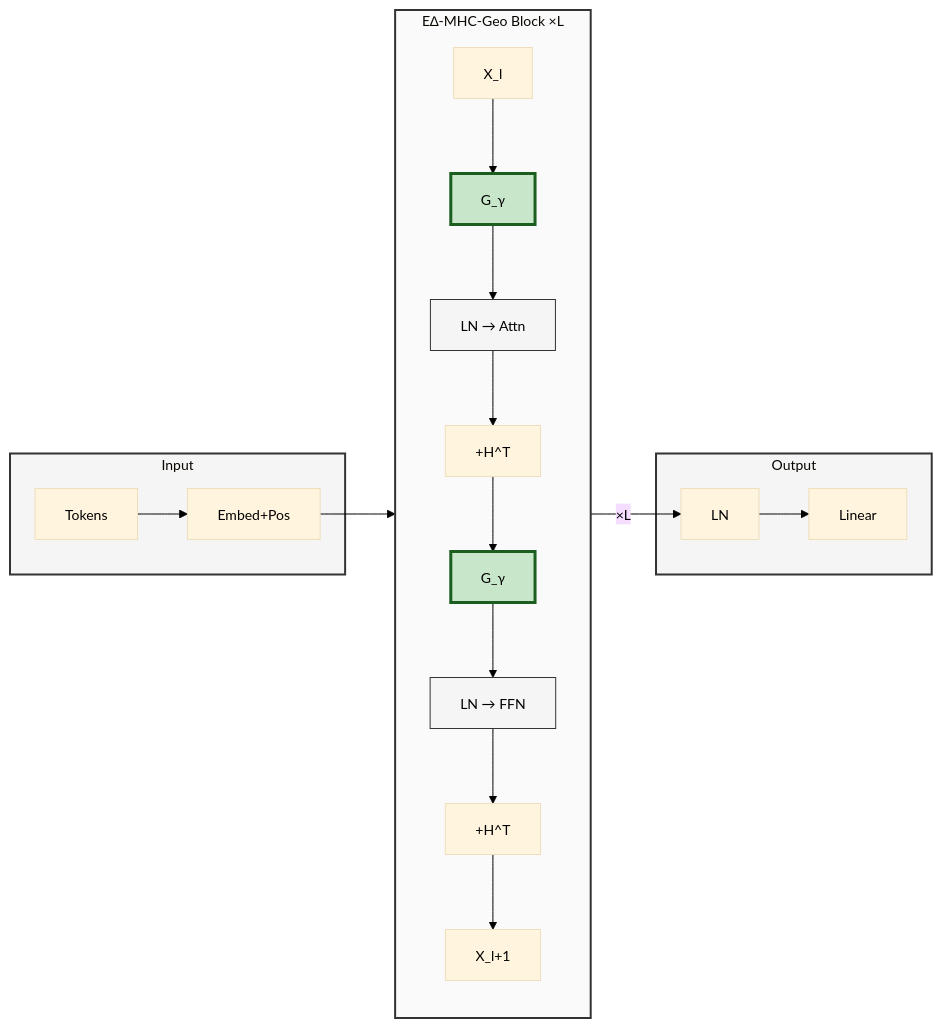
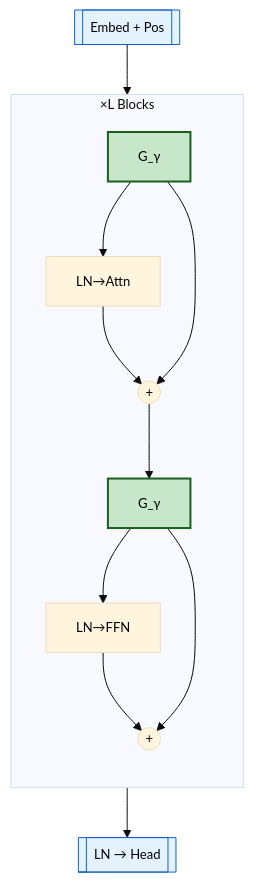
One commit to arash-shahmansoori/edelta changed the fifth of 7 diagrams in docs/RESEARCH.md. Above: the diagram before and after it, drawn with Mermaid. The commit also changed other lines of this file, not shown here.

Commit message:
Optimize Figure 3 and 4 diagrams for compactness
- Figure 3: Compact side-by-side layout for Householder/Cayley
  with combined properties, converging to E∆-MHC-Geo
- Figure 4: Streamlined transformer block with residual connections
  shown as circular nodes, shorter labels
- Both use 13px Arial font for readability
- Reduced vertical space while maintaining clarity

````diff
--- a/docs/RESEARCH.md
+++ b/docs/RESEARCH.md
@@ -1089,33 +1073,17 @@
 ```mermaid
-%%{init: {'theme': 'base', 'themeVariables': { 'fontSize': '14px', 'fontFamily': 'Arial, sans-serif', 'primaryTextColor': '#000000', 'lineColor': '#000000'}}}%%
-flowchart LR
-    subgraph IN["Input"]
-        T["Tokens"] --> E["Embed+Pos"]
+%%{init: {'theme': 'base', 'themeVariables': { 'fontSize': '13px', 'fontFamily': 'Arial', 'primaryTextColor': '#000'}}}%%
+flowchart TB
+    IN[["Embed + Pos"]] --> BLK
+    subgraph BLK["×L Blocks"]
+        direction TB
+        G1["G_γ"] --> LN1["LN→Attn"] --> R1((+))
+        G1 --> R1
+        R1 --> G2["G_γ"] --> LN2["LN→FFN"] --> R2((+))
+        G2 --> R2
     end
-    
-    subgraph BLK["E∆-MHC-Geo Block ×L"]
-        direction TB
-        X["X_l"] --> GA["G_γ"]
-        GA --> A["LN → Attn"]
-        A --> HA["+H^T"]
-        HA --> GB["G_γ"]
-        GB --> F["LN → FFN"]
-        F --> HB["+H^T"]
-        HB --> Y["X_l+1"]
-    end
-    
-    subgraph OUT["Output"]
-        L["LN"] --> P["Linear"]
-    end
-    
-    E --> X
-    Y -->|"×L"| L
-    
-    style GA fill:#c8e6c9,stroke:#1b5e20,stroke-width:3px
-    style GB fill:#c8e6c9,stroke:#1b5e20,stroke-width:3px
-    style A fill:#f5f5f5,stroke:#333333,stroke-width:1px
-    style F fill:#f5f5f5,stroke:#333333,stroke-width:1px
-    style IN fill:#f5f5f5,stroke:#333333,stroke-width:2px
-    style OUT fill:#f5f5f5,stroke:#333333,stroke-width:2px
-    style BLK fill:#fafafa,stroke:#333333,stroke-width:2px
+    BLK --> OUT[["LN → Head"]]
+    style G1 fill:#c8e6c9,stroke:#1b5e20,stroke-width:2px
+    style G2 fill:#c8e6c9,stroke:#1b5e20,stroke-width:2px
+    style IN fill:#e3f2fd,stroke:#1565c0
+    style OUT fill:#e3f2fd,stroke:#1565c0
 ```
````
